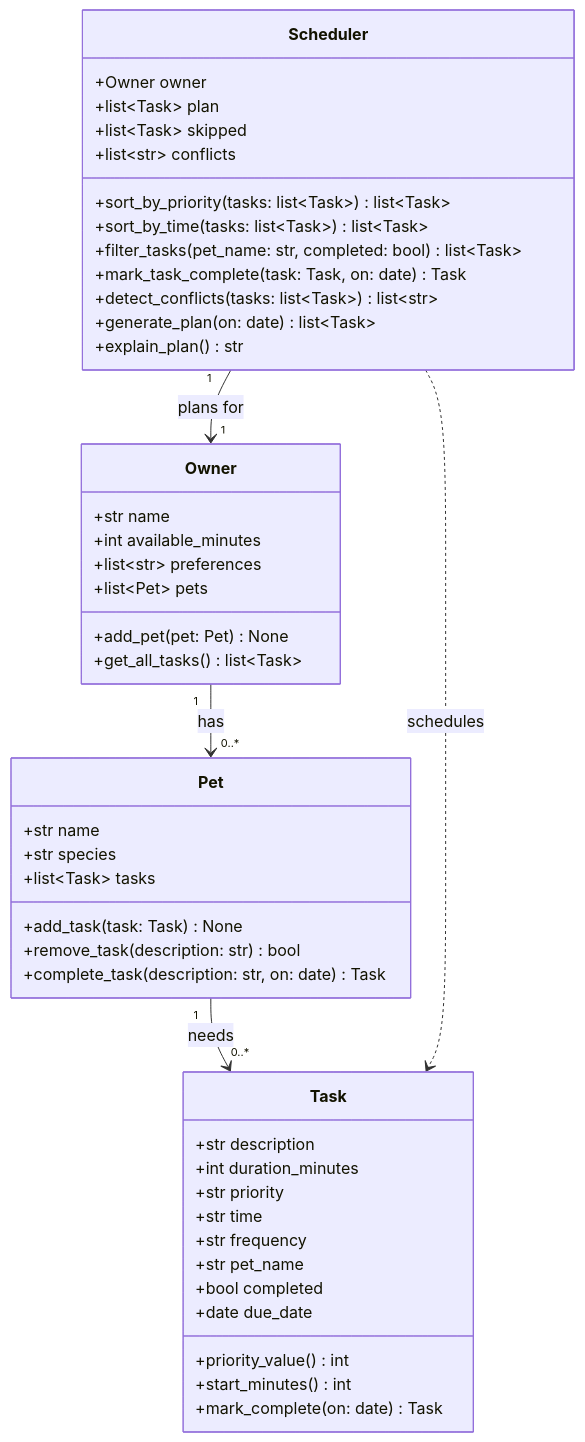
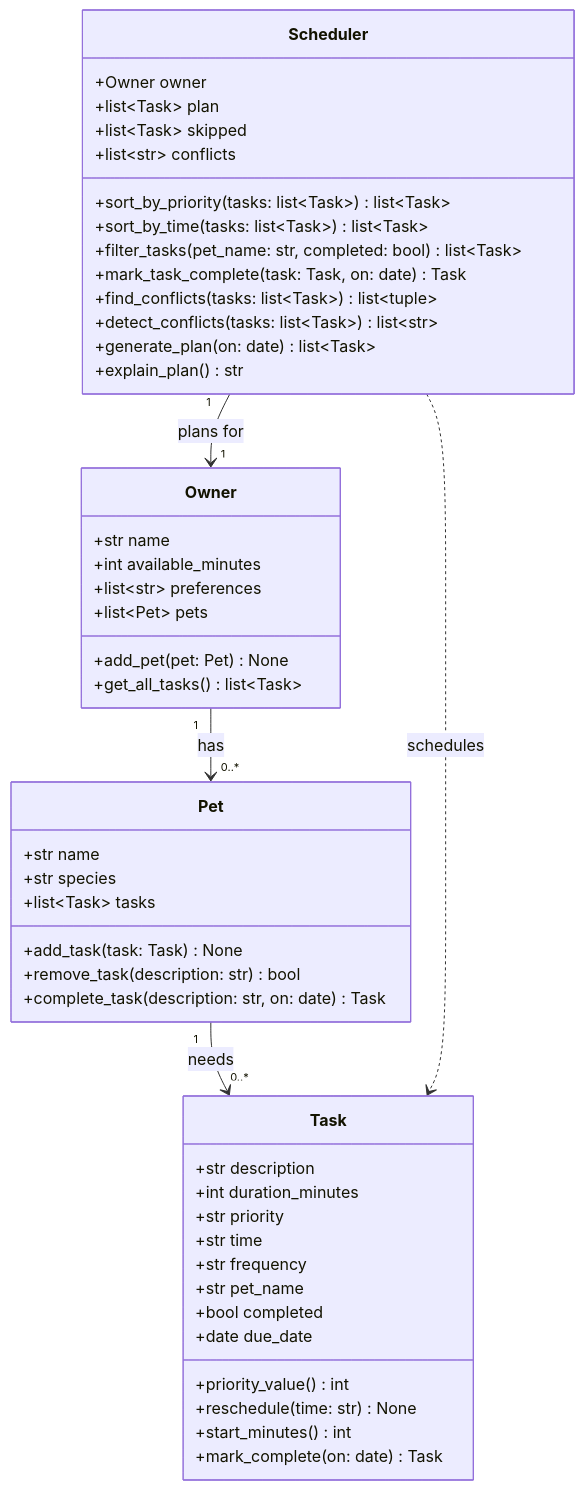
The diagram in diagrams/uml.mmd (nnaji-john/ai110-module2show-pawpal-starter), drawn with Mermaid before and after one commit. The commit also changed 6 other files, not shown here.

First line of the commit message:
feat: polish Streamlit UI, finalize UML, and complete docs

```diff
--- a/diagrams/uml.mmd
+++ b/diagrams/uml.mmd
@@ -1,53 +1,55 @@
 classDiagram
     %% PawPal+ initial design (draft). Keep this file updated so it matches the final implementation.
 
     class Owner {
         +str name
         +int available_minutes
         +list~str~ preferences
         +list~Pet~ pets
         +add_pet(pet: Pet) None
         +get_all_tasks() list~Task~
     }
 
     class Pet {
         +str name
         +str species
         +list~Task~ tasks
         +add_task(task: Task) None
         +remove_task(description: str) bool
         +complete_task(description: str, on: date) Task
     }
 
     class Task {
         +str description
         +int duration_minutes
         +str priority
         +str time
         +str frequency
         +str pet_name
         +bool completed
         +date due_date
         +priority_value() int
+        +reschedule(time: str) None
         +start_minutes() int
         +mark_complete(on: date) Task
     }
 
     class Scheduler {
         +Owner owner
         +list~Task~ plan
         +list~Task~ skipped
         +list~str~ conflicts
         +sort_by_priority(tasks: list~Task~) list~Task~
         +sort_by_time(tasks: list~Task~) list~Task~
         +filter_tasks(pet_name: str, completed: bool) list~Task~
         +mark_task_complete(task: Task, on: date) Task
+        +find_conflicts(tasks: list~Task~) list~tuple~
         +detect_conflicts(tasks: list~Task~) list~str~
         +generate_plan(on: date) list~Task~
         +explain_plan() str
     }
 
     Owner "1" --> "0..*" Pet : has
     Pet "1" --> "0..*" Task : needs
     Scheduler "1" --> "1" Owner : plans for
     Scheduler ..> Task : schedules
```
